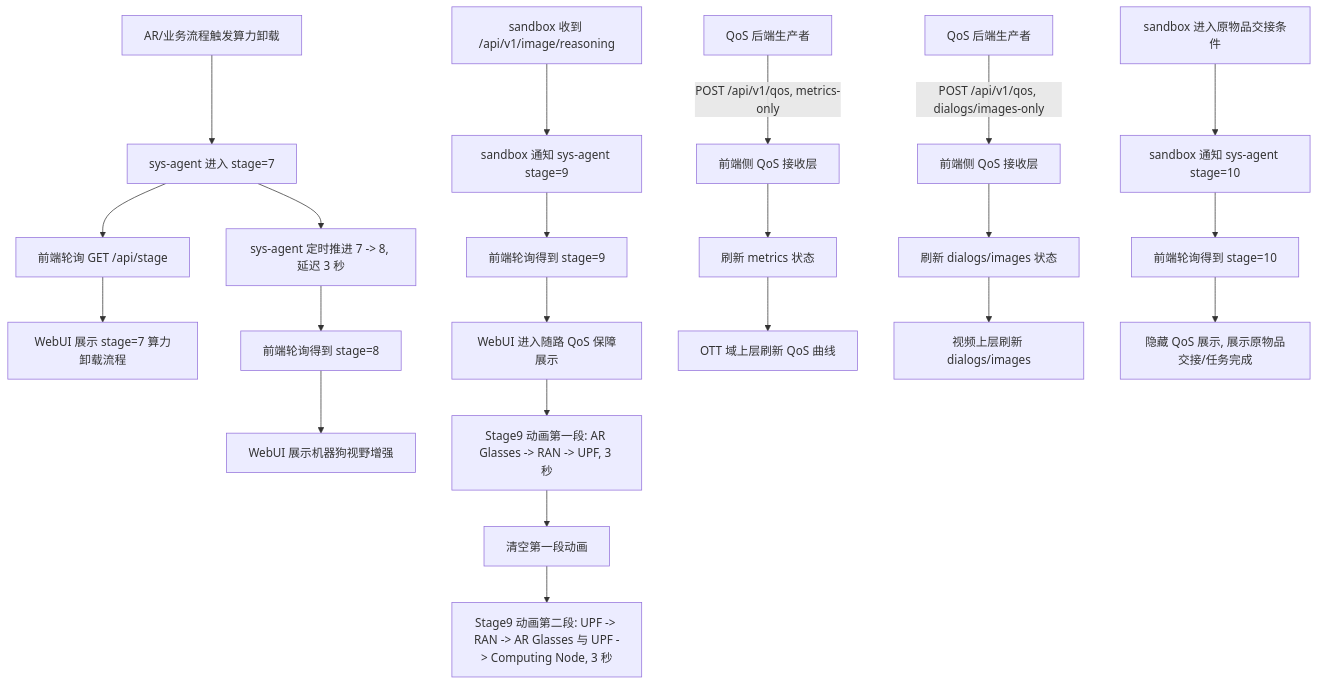
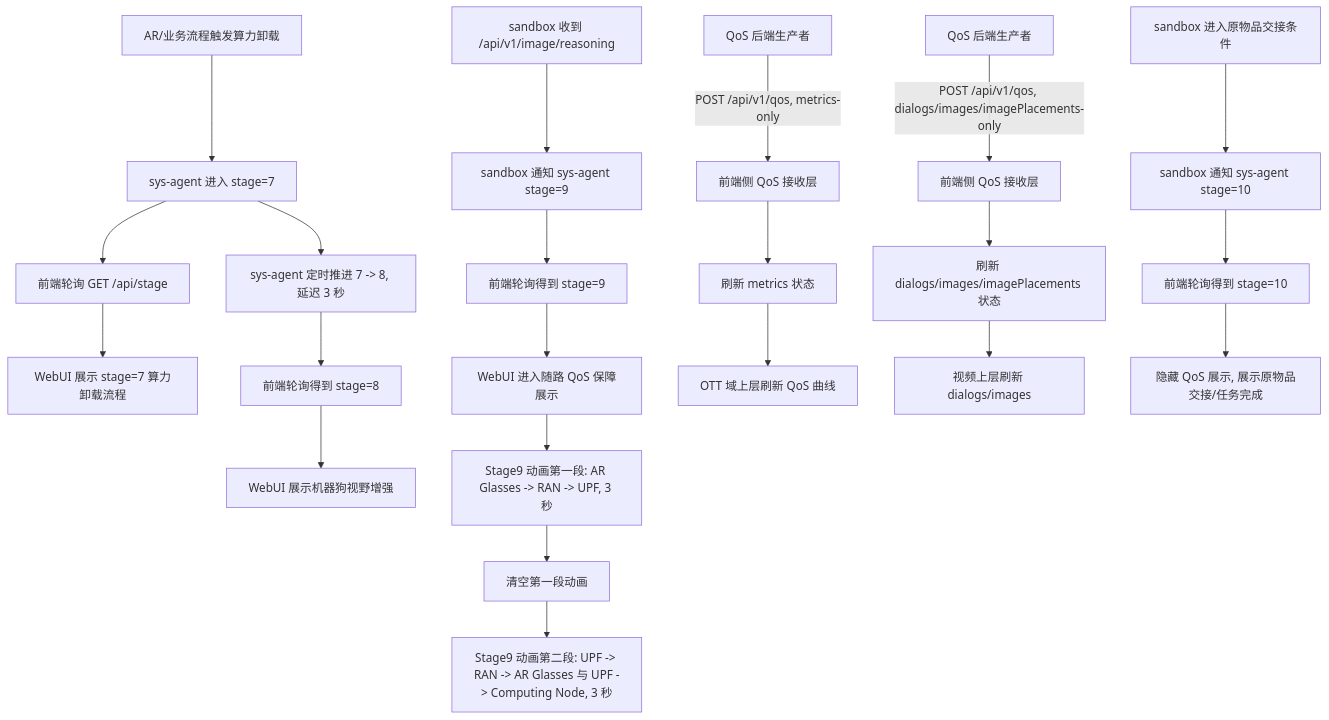
The second of 4 diagrams in docs/superpowers/specs/2026-07-28-qos-stage9-design.md (6g-core/compute-webui), drawn with Mermaid before and after one commit. The commit also changed other lines of this file and 1 other file, not shown here.

Commit message:
Make QoS dialog image placement per item

````diff
--- a/docs/superpowers/specs/2026-07-28-qos-stage9-design.md
+++ b/docs/superpowers/specs/2026-07-28-qos-stage9-design.md
@@ -81,28 +81,28 @@
 ```mermaid
 flowchart TD
     A[AR/业务流程触发算力卸载] --> B[sys-agent 进入 stage=7]
     B --> C[前端轮询 GET /api/stage]
     C --> D[WebUI 展示 stage=7 算力卸载流程]
     B --> E[sys-agent 定时推进 7 -> 8, 延迟 3 秒]
     E --> F[前端轮询得到 stage=8]
     F --> G[WebUI 展示机器狗视野增强]
 
     H[sandbox 收到 /api/v1/image/reasoning] --> I[sandbox 通知 sys-agent stage=9]
     I --> J[前端轮询得到 stage=9]
     J --> K[WebUI 进入随路 QoS 保障展示]
     K --> K1[Stage9 动画第一段: AR Glasses -> RAN -> UPF, 3 秒]
     K1 --> K2[清空第一段动画]
     K2 --> K3[Stage9 动画第二段: UPF -> RAN -> AR Glasses 与 UPF -> Computing Node, 3 秒]
 
     QM[QoS 后端生产者] -->|POST /api/v1/qos, metrics-only| RM[前端侧 QoS 接收层]
     RM --> SM[刷新 metrics 状态]
     SM --> V[OTT 域上层刷新 QoS 曲线]
 
-    QD[QoS 后端生产者] -->|POST /api/v1/qos, dialogs/images-only| RD[前端侧 QoS 接收层]
-    RD --> SD[刷新 dialogs/images 状态]
+    QD[QoS 后端生产者] -->|POST /api/v1/qos, dialogs/images/imagePlacements-only| RD[前端侧 QoS 接收层]
+    RD --> SD[刷新 dialogs/images/imagePlacements 状态]
     SD --> U[视频上层刷新 dialogs/images]
 
     W[sandbox 进入原物品交接条件] --> X[sandbox 通知 sys-agent stage=10]
     X --> Y[前端轮询得到 stage=10]
     Y --> Z[隐藏 QoS 展示, 展示原物品交接/任务完成]
 ```
````
